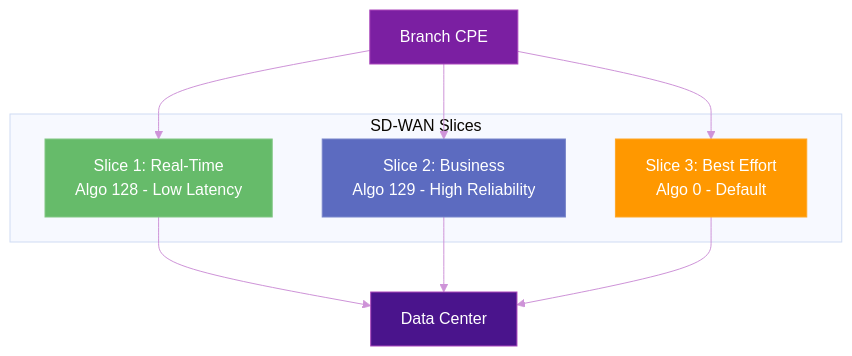
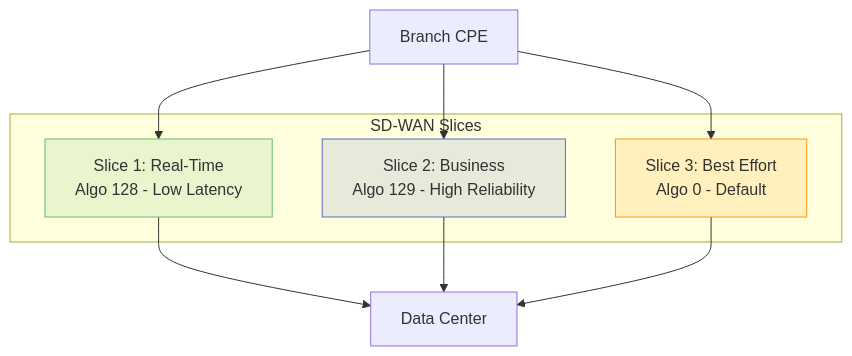
One commit to eldaninavas/srv6.md changed the third of 3 diagrams in docs/use-cases/sd-wan.md. Above: the diagram before and after it, drawn with Mermaid. The commit also changed other lines of this file and 29 other files, not shown here.

First line of the commit message:
fix(mermaid): apply theme-aware colors site-wide

````diff
--- a/docs/use-cases/sd-wan.md
+++ b/docs/use-cases/sd-wan.md
@@ -151,23 +136,20 @@
 ```mermaid
-%%{init: {"theme": "base", "themeVariables": {"primaryTextColor": "#fff", "lineColor": "#ce93d8", "textColor": "#fff"}}}%%
 graph TB
     subgraph SD-WAN Slices
         S1[Slice 1: Real-Time<br/>Algo 128 - Low Latency]
         S2[Slice 2: Business<br/>Algo 129 - High Reliability]
         S3[Slice 3: Best Effort<br/>Algo 0 - Default]
     end
 
     CPE[Branch CPE] --> S1
     CPE --> S2
     CPE --> S3
 
     S1 --> DC[Data Center]
     S2 --> DC
     S3 --> DC
 
-    style CPE fill:#7b1fa2,color:#fff,stroke:#ab47bc
-    style S1 fill:#66bb6a,color:#fff,stroke:#81c784
-    style S2 fill:#5c6bc0,color:#fff,stroke:#7986cb
-    style S3 fill:#ff9800,color:#fff,stroke:#ffa726
-    style DC fill:#4a148c,color:#fff,stroke:#ab47bc
+    style S1 fill:#66bb6a26,stroke:#66bb6a
+    style S2 fill:#5c6bc026,stroke:#5c6bc0
+    style S3 fill:#ff980026,stroke:#ff9800
 ```
````
